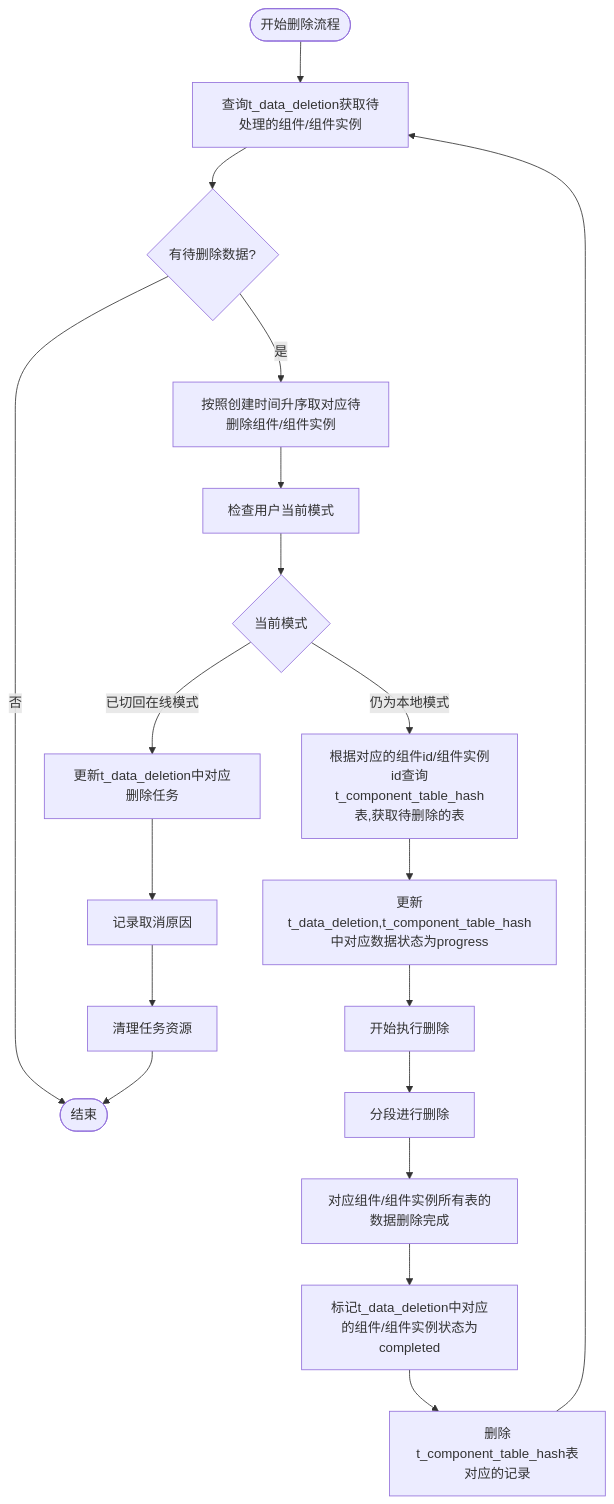
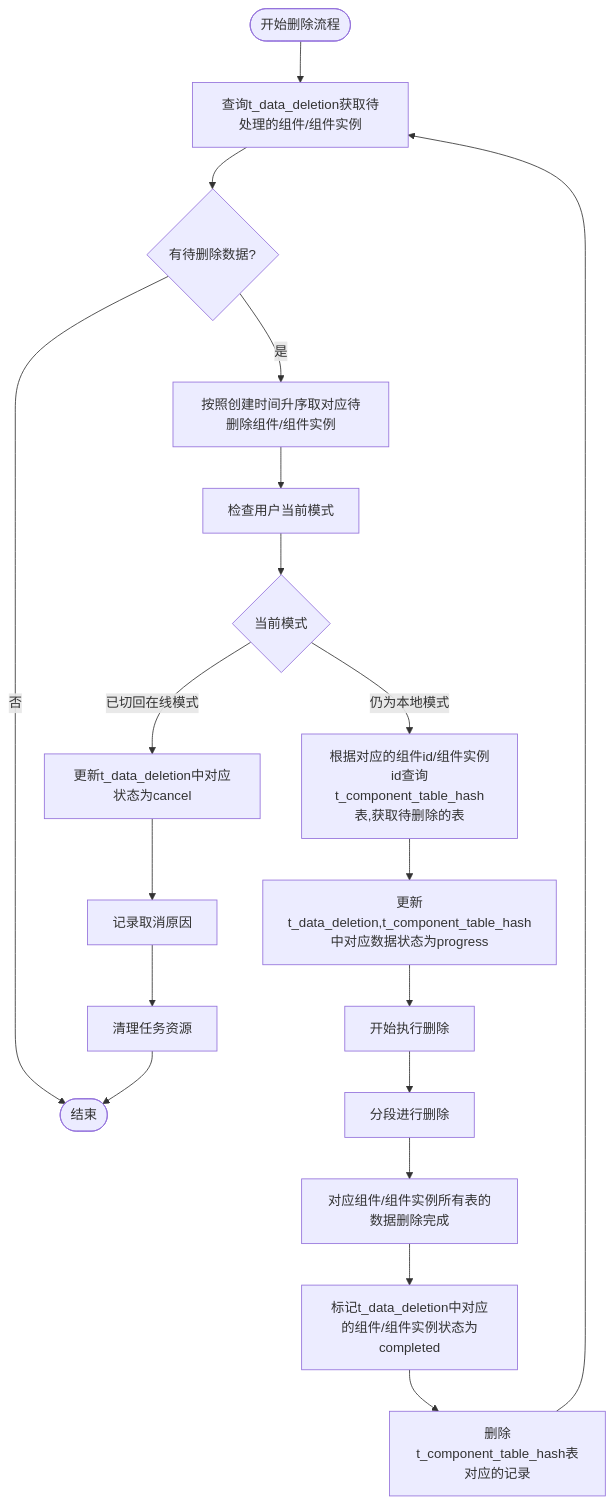
One commit to yingjianzh/iodraw-files changed the diagram in all/未命名-51.md. Above: the diagram before and after it, drawn with Mermaid.

Commit message:
2025-05-08 15:51:14 update

````diff
--- a/all/未命名-51.md
+++ b/all/未命名-51.md
@@ -1,30 +1,30 @@
 ```mermaid
 flowchart TD
     Start([开始删除流程]) --> FetchTasks[查询t_data_deletion获取待处理的组件/组件实例]
     FetchTasks --> HasTasks{有待删除数据?}
     
     HasTasks -->|否| End([结束])
     HasTasks -->|是| PrioritizeTasks[按照创建时间升序取对应待删除组件/组件实例]
     
     PrioritizeTasks --> CheckUserMode[检查用户当前模式]
     
     CheckUserMode --> CurrentMode{当前模式}
-    CurrentMode -->|已切回在线模式| TaskCancel[更新t_data_deletion中对应删除任务]
+    CurrentMode -->|已切回在线模式| TaskCancel[更新t_data_deletion中对应状态为cancel]
     CurrentMode -->|仍为本地模式| LockTask[根据对应的组件id/组件实例id查询t_component_table_hash表,获取待删除的表]
     
     LockTask --> UpdateStatus[更新t_data_deletion,t_component_table_hash中对应数据状态为progress]
     UpdateStatus --> BeginDeletion[开始执行删除]
     
     BeginDeletion --> A[分段进行删除]
     
     A --> B[对应组件/组件实例所有表的数据删除完成]
     B --> MarkCompleted[标记t_data_deletion中对应的组件/组件实例状态为completed]
     
     MarkCompleted --> MarkHash[删除t_component_table_hash表对应的记录]
     
     TaskCancel --> LogCancellation[记录取消原因]
     LogCancellation --> CleanupTask[清理任务资源]
     
     MarkHash --> FetchTasks
     CleanupTask --> End
 ```
````
